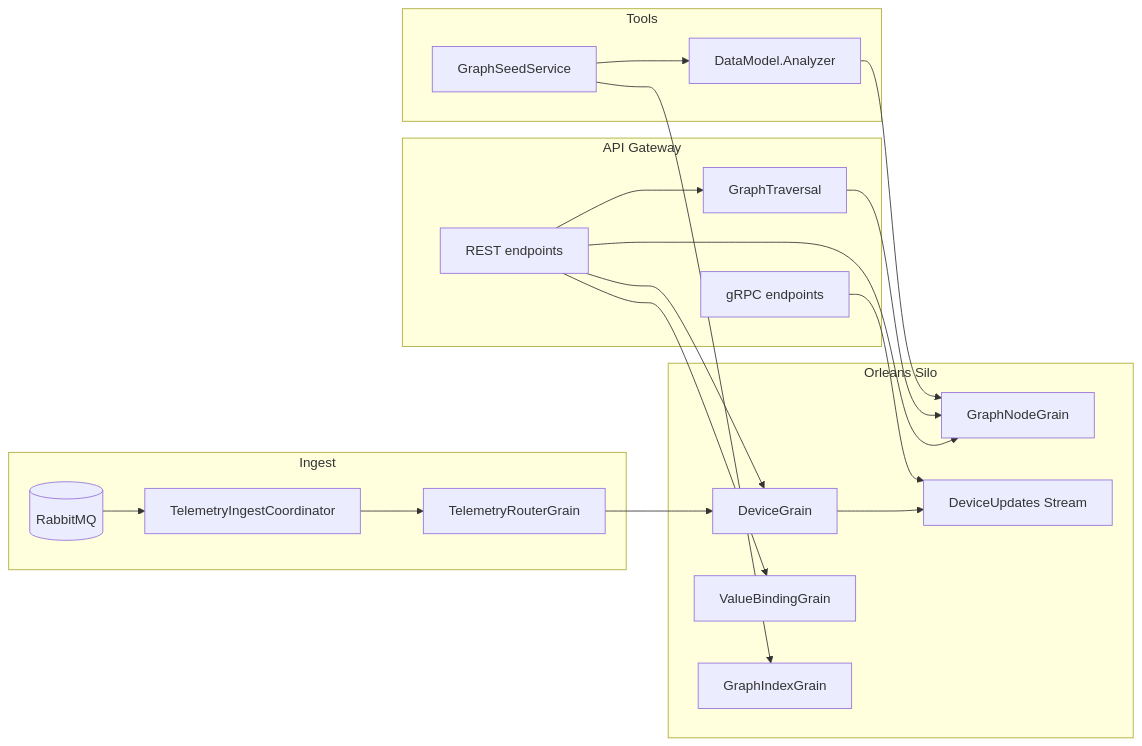
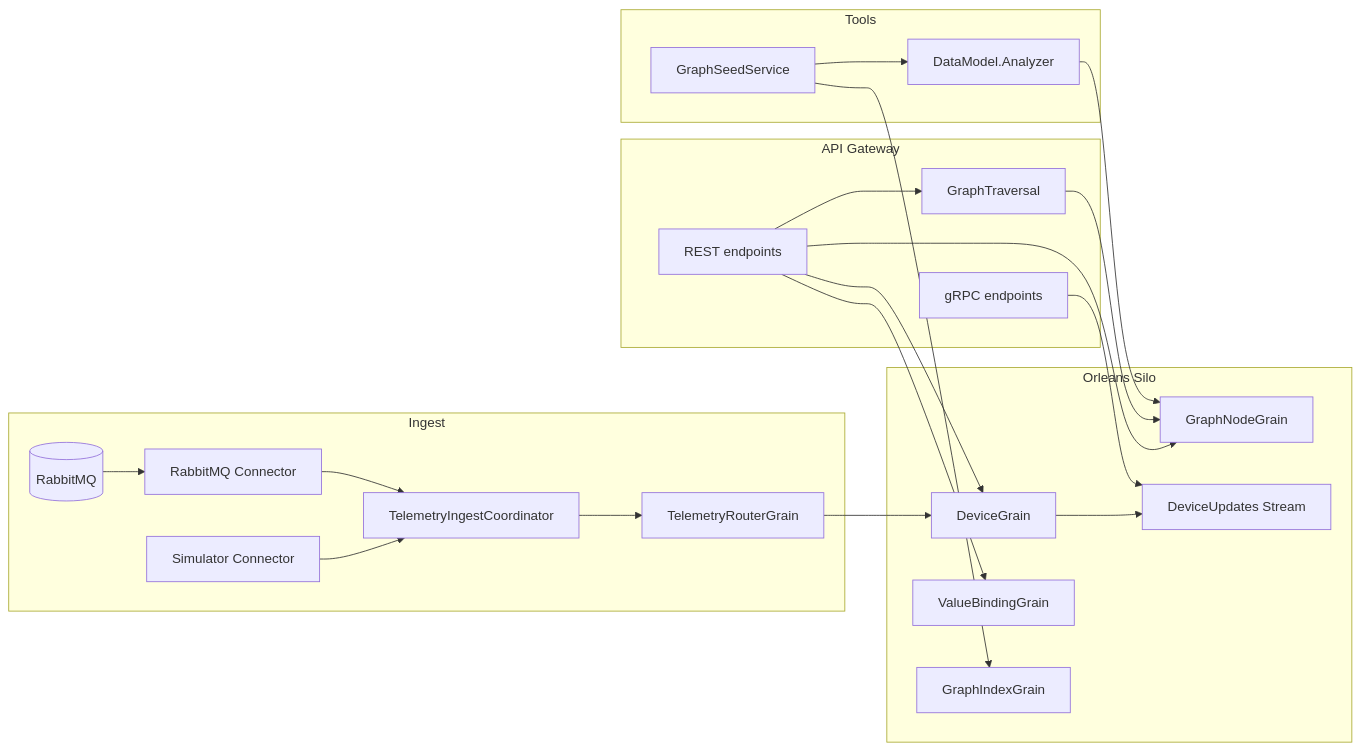
Before and after one commit to takashikasuya/orleans-telemetry-sample: the third of 3 diagrams in README.md, drawn with Mermaid. The commit also changed other lines of this file and 1 other file, not shown here.

Commit message:
fix: update telemetry ingest connector registration and documentation

````diff
--- a/README.md
+++ b/README.md
@@ -268,34 +276,37 @@
 ```mermaid
 flowchart LR
     subgraph Ingest
+        IngestSvc[TelemetryIngestCoordinator]
+        Sim[Simulator Connector]
         MQ[(RabbitMQ)]
-        IngestSvc[TelemetryIngestCoordinator]
+        RMQ[RabbitMQ Connector]
         RouterGrain[TelemetryRouterGrain]
     end
     subgraph Orleans["Orleans Silo"]
         DevGrain[DeviceGrain]
         NodeGrain[GraphNodeGrain]
         ValGrain[ValueBindingGrain]
         IndexGrain[GraphIndexGrain]
         Stream[DeviceUpdates Stream]
     end
     subgraph API["API Gateway"]
         RestApi[REST endpoints]
         GrpcApi[gRPC endpoints]
         Traversal[GraphTraversal]
     end
     subgraph Tools
         SeedSvc[GraphSeedService]
         Analyzer[DataModel.Analyzer]
     end
 
-    MQ --> IngestSvc --> RouterGrain --> DevGrain --> Stream
+    Sim --> IngestSvc --> RouterGrain --> DevGrain --> Stream
+    MQ --> RMQ --> IngestSvc
     RestApi --> DevGrain
     RestApi --> NodeGrain
     RestApi --> ValGrain
     RestApi --> Traversal
     Traversal --> NodeGrain
     GrpcApi --> Stream
     SeedSvc --> Analyzer --> NodeGrain
     SeedSvc --> IndexGrain
 ```
````
